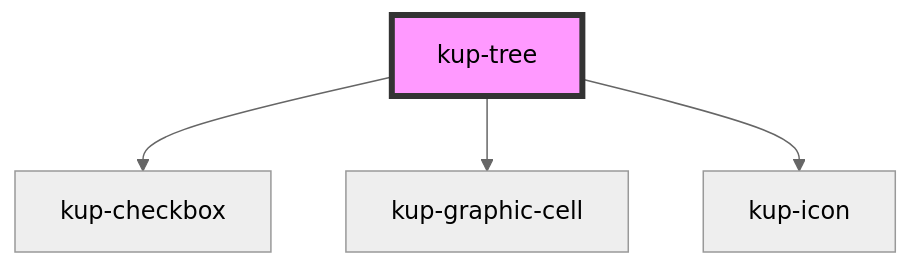
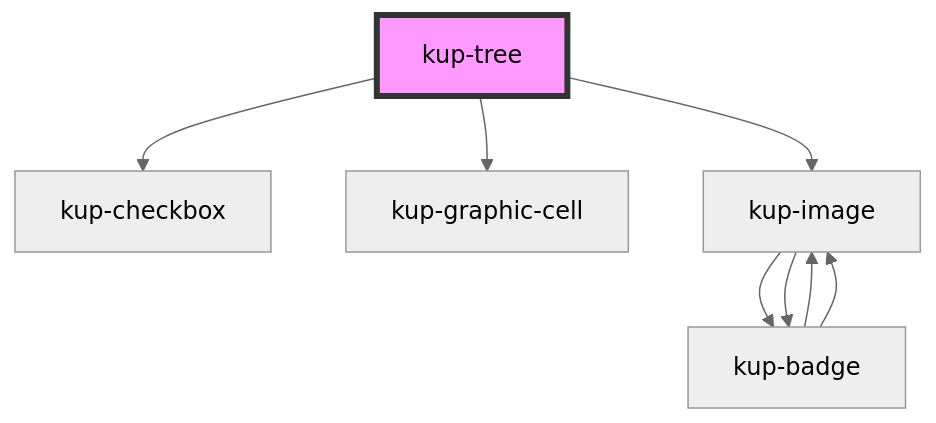
One commit to smeup/ketchup changed the diagram in packages/ketchup/src/components/kup-tree/readme.md. Above: the diagram before and after it, drawn with Mermaid (neutral theme). The commit also changed other lines of this file and 58 other files, not shown here.

Commit message:
Renamed kup-icon to kup-image.

````diff
--- a/packages/ketchup/src/components/kup-tree/readme.md
+++ b/packages/ketchup/src/components/kup-tree/readme.md
@@ -101,7 +101,11 @@
 ```mermaid
 graph TD;
   kup-tree --> kup-checkbox
   kup-tree --> kup-graphic-cell
-  kup-tree --> kup-icon
+  kup-tree --> kup-image
+  kup-image --> kup-badge
+  kup-image --> kup-badge
+  kup-badge --> kup-image
+  kup-badge --> kup-image
   style kup-tree fill:#f9f,stroke:#333,stroke-width:4px
 ```
````
